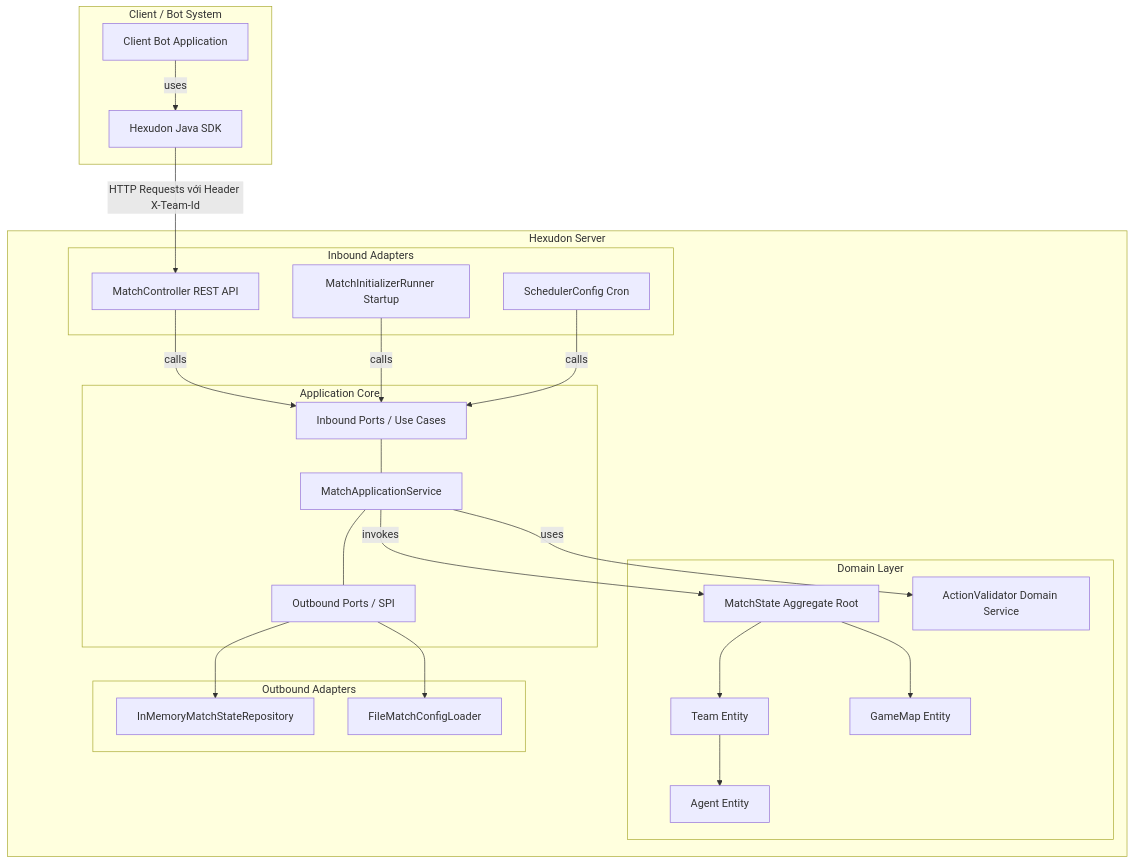
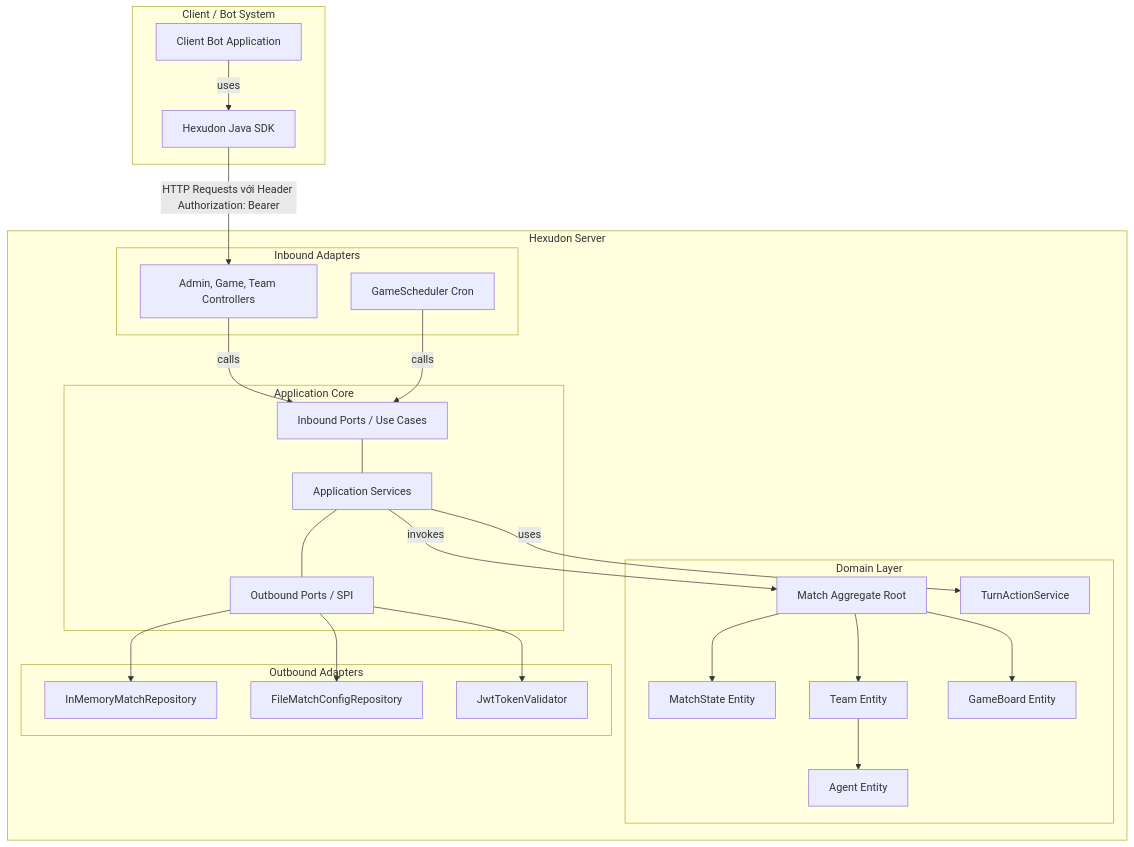
The diagram in README.md (thing-or-think/hexudon), drawn with Mermaid before and after one commit. The commit also changed other lines of this file and 7 other files, not shown here.

Commit message:
refactor: update project structure and SDK HTTP client

````diff
--- a/README.md
+++ b/README.md
@@ -24,53 +24,55 @@
 ```mermaid
 graph TD
     subgraph Client / Bot System
         Bot[Client Bot Application] --> |uses| SDK[Hexudon Java SDK]
     end
 
     subgraph Hexudon Server
         subgraph Inbound Adapters
-            REST[MatchController REST API]
-            Init[MatchInitializerRunner Startup]
-            Sched[SchedulerConfig Cron]
+            REST[Admin, Game, Team Controllers]
+            Sched[GameScheduler Cron]
         end
 
         subgraph Application Core
             UseCases[Inbound Ports / Use Cases]
-            MatchAppService[MatchApplicationService]
+            Services[Application Services]
             OutPorts[Outbound Ports / SPI]
         end
 
         subgraph Domain Layer
-            MatchState[MatchState Aggregate Root]
+            Match[Match Aggregate Root]
+            MatchState[MatchState Entity]
             Team[Team Entity]
             Agent[Agent Entity]
-            GameMap[GameMap Entity]
-            ActionValidator[ActionValidator Domain Service]
+            GameBoard[GameBoard Entity]
+            TurnActionService[TurnActionService]
         end
 
         subgraph Outbound Adapters
-            InMemoryRepo[InMemoryMatchStateRepository]
-            FileLoader[FileMatchConfigLoader]
+            InMemoryRepo[InMemoryMatchRepository]
+            FileRepo[FileMatchConfigRepository]
+            JwtTokenValidator[JwtTokenValidator]
         end
     end
 
     %% Giao tiếp SDK -> Server
-    SDK --> |HTTP Requests với Header X-Team-Id| REST
+    SDK --> |HTTP Requests với Header Authorization: Bearer| REST
 
     %% Luồng chạy Server
     REST --> |calls| UseCases
-    Init --> |calls| UseCases
     Sched --> |calls| UseCases
-    UseCases --- MatchAppService
-    MatchAppService --- OutPorts
+    UseCases --- Services
+    Services --- OutPorts
     
     OutPorts --> InMemoryRepo
-    OutPorts --> FileLoader
+    OutPorts --> FileRepo
+    OutPorts --> JwtTokenValidator
 
-    MatchAppService --> |invokes| MatchState
-    MatchAppService --> |uses| ActionValidator
+    Services --> |invokes| Match
+    Services --> |uses| TurnActionService
 
-    MatchState --> Team
-    MatchState --> GameMap
+    Match --> Team
+    Match --> GameBoard
+    Match --> MatchState
     Team --> Agent
 ```
````
